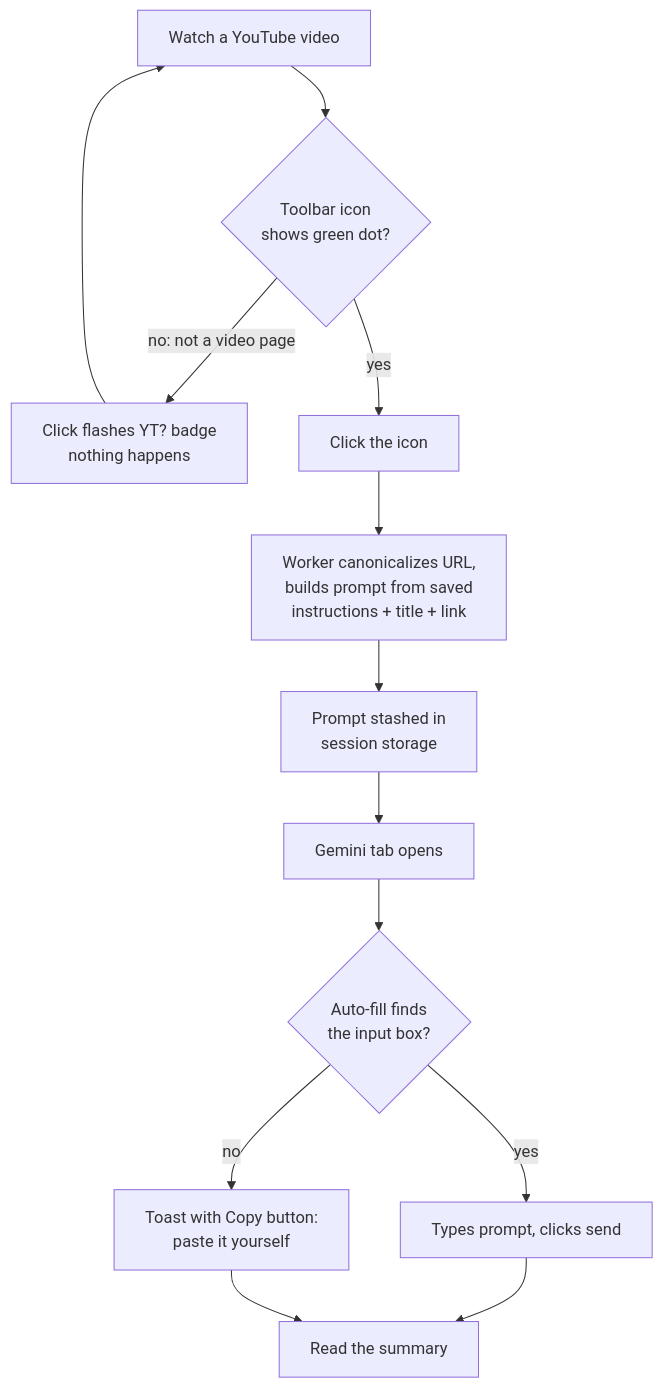
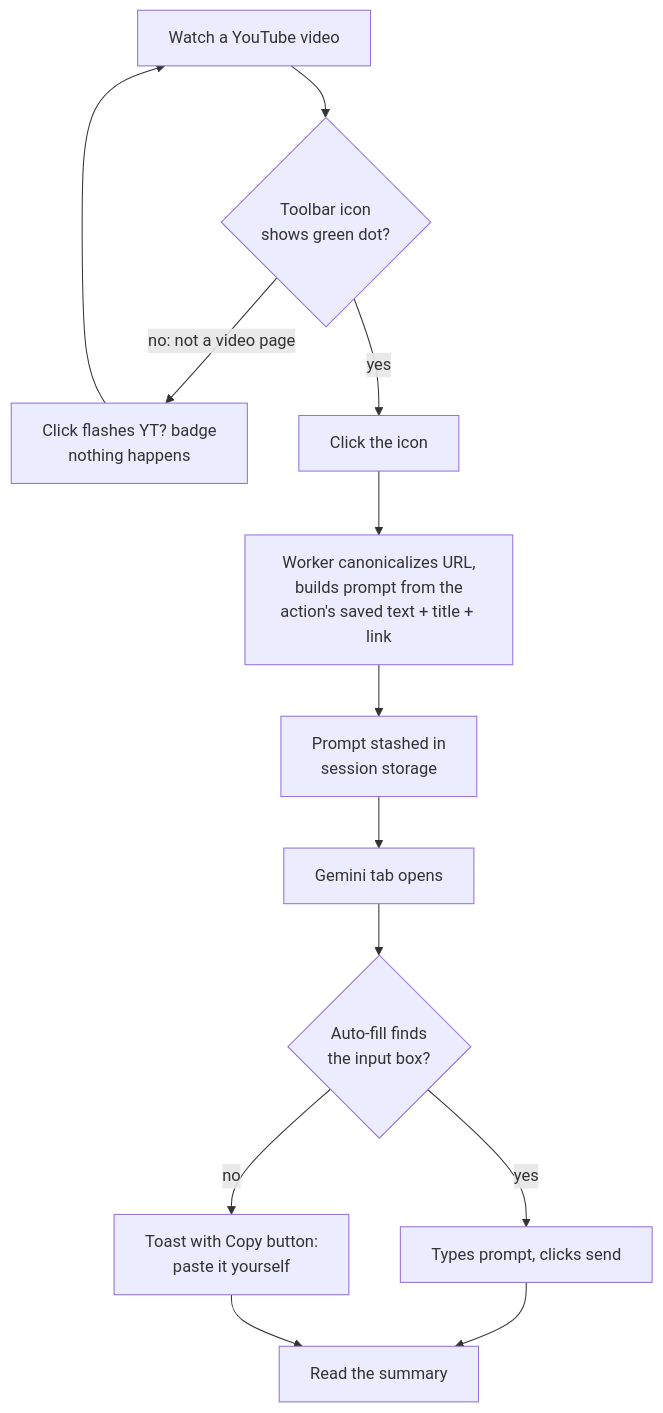
The second of 3 diagrams in docs/HOW_IT_WORKS.md (notnico64/yt-gemini-summary), drawn with Mermaid before and after one commit. The commit also changed other lines of this file and 10 other files, not shown here.

````diff
--- a/docs/HOW_IT_WORKS.md
+++ b/docs/HOW_IT_WORKS.md
@@ -89,15 +89,15 @@
 ```mermaid
 flowchart TD
     A[Watch a YouTube video] --> B{Toolbar icon<br/>shows green dot?}
     B -- "no: not a video page" --> C[Click flashes YT? badge<br/>nothing happens]
     C --> A
     B -- yes --> D[Click the icon]
-    D --> E[Worker canonicalizes URL,<br/>builds prompt from saved<br/>instructions + title + link]
+    D --> E[Worker canonicalizes URL,<br/>builds prompt from the<br/>action's saved text + title + link]
     E --> F[Prompt stashed in<br/>session storage]
     F --> G[Gemini tab opens]
     G --> H{Auto-fill finds<br/>the input box?}
     H -- yes --> I[Types prompt, clicks send]
     H -- no --> J[Toast with Copy button:<br/>paste it yourself]
     I --> K[Read the summary]
     J --> K
 ```
````
